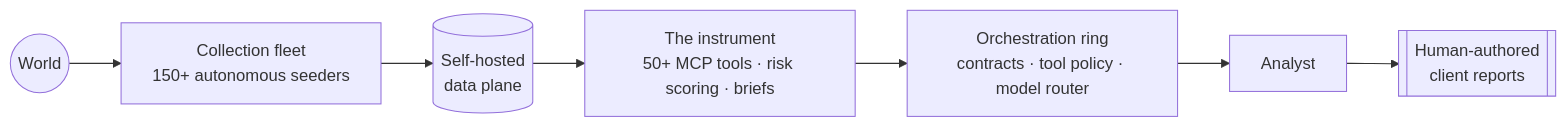
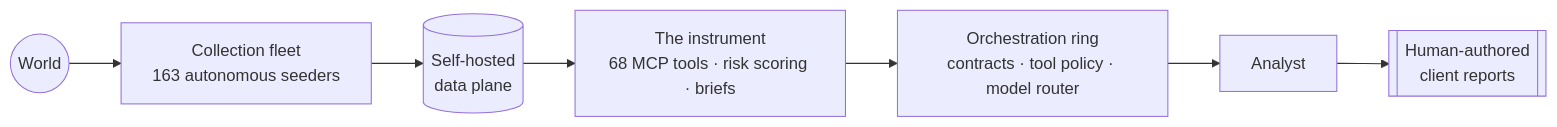
The diagram in README.md (clduab11/the-synactic), drawn with Mermaid before and after one commit. The commit also changed other lines of this file and 1 other file, not shown here.

````diff
--- a/README.md
+++ b/README.md
@@ -70,9 +73,9 @@
 ```mermaid
 flowchart LR
-  W((World)) --> C[Collection fleet<br/>150+ autonomous seeders]
+  W((World)) --> C[Collection fleet<br/>163 autonomous seeders]
   C --> D[(Self-hosted<br/>data plane)]
-  D --> I[The instrument<br/>50+ MCP tools · risk scoring · briefs]
+  D --> I[The instrument<br/>68 MCP tools · risk scoring · briefs]
   I --> O[Orchestration ring<br/>contracts · tool policy · model router]
   O --> A[Analyst]
   A --> R[[Human-authored<br/>client reports]]
 ```
````
